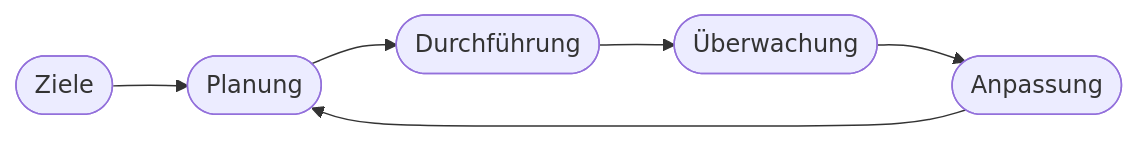
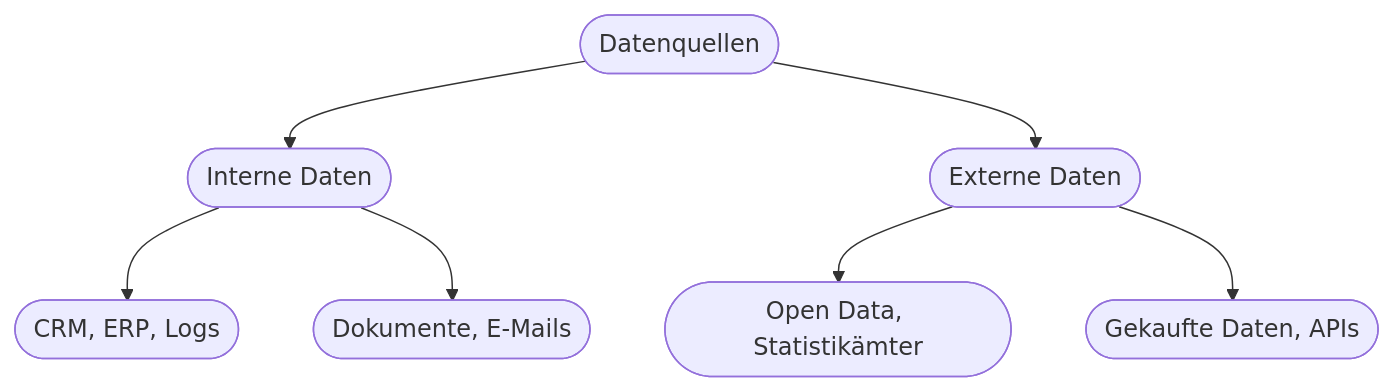
Before and after one commit to Qualidy/Prompt-Engineering-KI-in-der-Arbeitswelt: the diagram in docs/content/kapitel9.md, drawn with Mermaid. The commit also changed other lines of this file and 259 other files, not shown here.

````diff
--- a/docs/content/kapitel9.md
+++ b/docs/content/kapitel9.md
@@ -46,8 +24,9 @@
 ```mermaid
-flowchart LR
-    Z([Ziele]) --> P([Planung])
-    P --> D([Durchführung])
-    D --> U([Überwachung])
-    U --> A([Anpassung])
-    A --> P
+flowchart TD
+    A([Datenquellen]) --> B([Interne Daten])
+    A --> C([Externe Daten])
+    B --> B1([CRM, ERP, Logs])
+    B --> B2([Dokumente, E-Mails])
+    C --> C1([Open Data, Statistikämter])
+    C --> C2([Gekaufte Daten, APIs])
 ```
````
